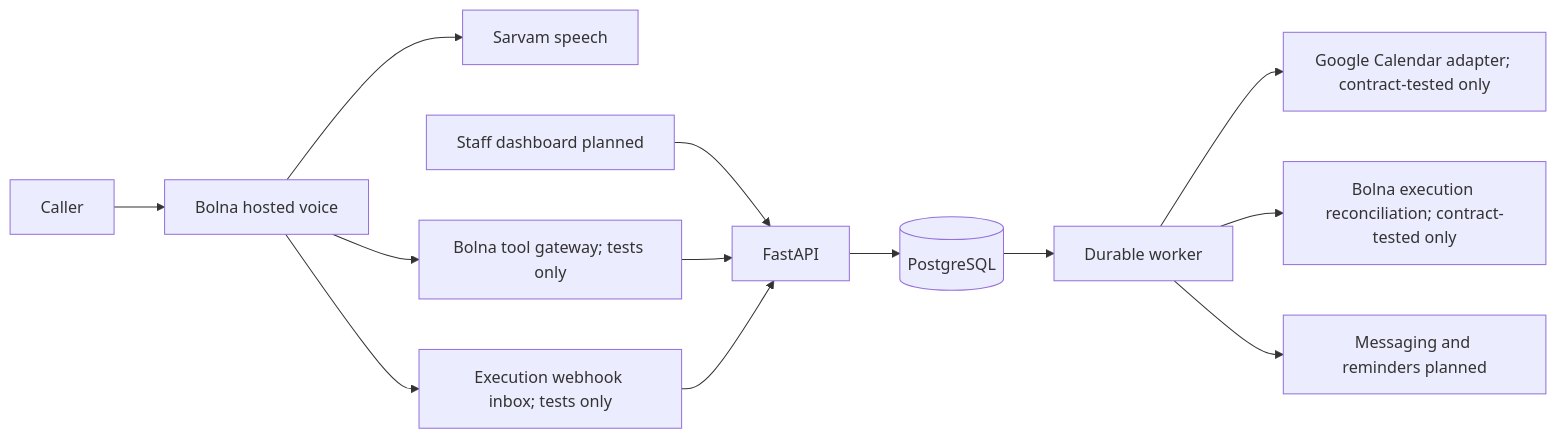
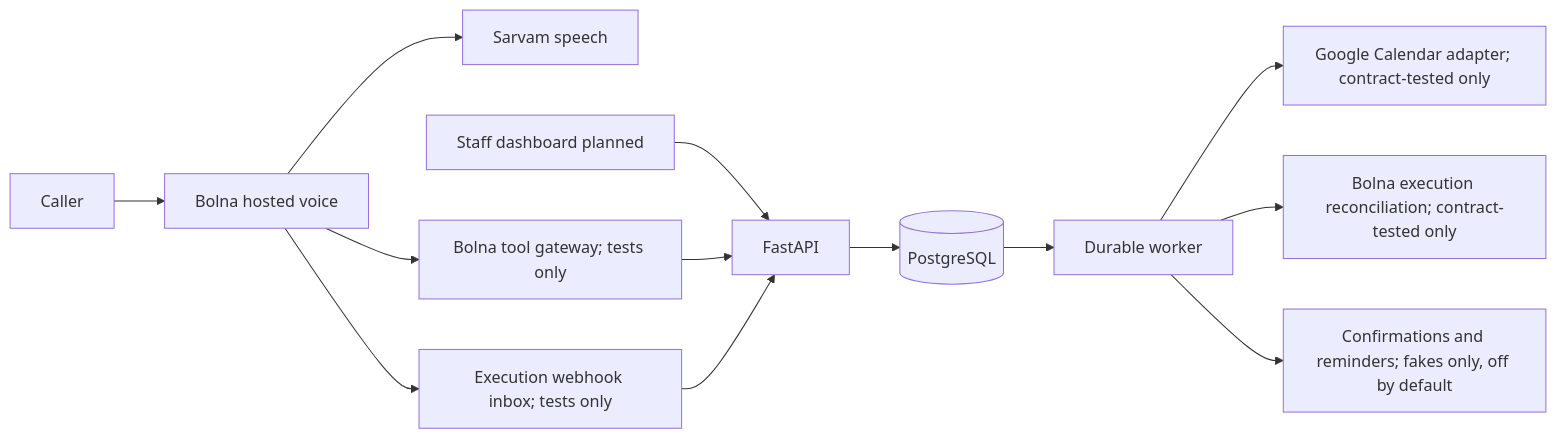
Before and after one commit to arsalannkhann/clinic-frontdesk: the diagram in docs/ARCHITECTURE.md, drawn with Mermaid. The commit also changed other lines of this file and 32 other files, not shown here.

First line of the commit message:
Add confirmations, reminders and opt-out (T9)

````diff
--- a/docs/ARCHITECTURE.md
+++ b/docs/ARCHITECTURE.md
@@ -5,15 +5,15 @@
 ```mermaid
 flowchart LR
   Caller --> Bolna[Bolna hosted voice]
   Bolna --> Speech[Sarvam speech]
   Bolna --> Gateway[Bolna tool gateway; tests only]
   Staff[Staff dashboard planned] --> API[FastAPI]
   Gateway --> API
   Bolna --> Webhooks[Execution webhook inbox; tests only]
   Webhooks --> API
   API --> DB[(PostgreSQL)]
   DB --> Worker[Durable worker]
   Worker --> Calendar[Google Calendar adapter; contract-tested only]
   Worker --> Executions[Bolna execution reconciliation; contract-tested only]
-  Worker --> Delivery[Messaging and reminders planned]
+  Worker --> Delivery[Confirmations and reminders; fakes only, off by default]
 ```
````
